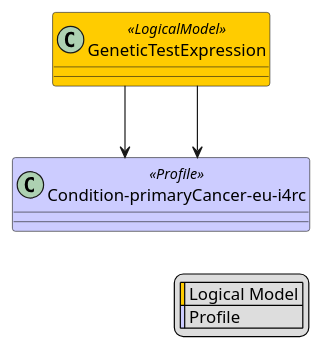
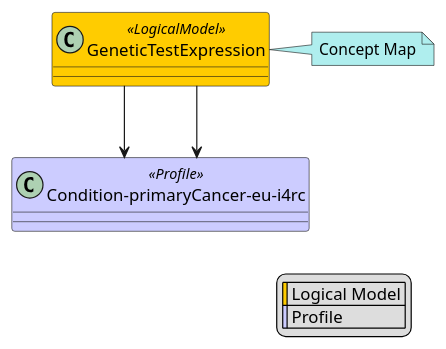
Before and after one commit to hl7-eu/idea4rc: the diagram in input/images-source/GeneticTestExpression-map.plantuml, drawn with PlantUML. The commit also changed 32 other files, not shown here.

```diff
--- a/input/images-source/GeneticTestExpression-map.plantuml
+++ b/input/images-source/GeneticTestExpression-map.plantuml
@@ -1,17 +1,20 @@
 @startuml
 skinparam class {
     BackgroundColor<<LogicalModel>> #FFCC00
     BackgroundColor<<Profile>> #CCCCFF
 }
 skinparam linetype ortho
 legend right
   | <#FFCC00> | Logical Model |
   | <#CCCCFF> | Profile |
 endlegend
 class "GeneticTestExpression" <<LogicalModel>> [[StructureDefinition-GeneticTestExpression.html]]
+note right #PaleTurquoise [[ConceptMap-geneticTest2FHIR.html]]
+Concept Map
+endnote
 class "Condition-primaryCancer-eu-i4rc" <<Profile>> [[StructureDefinition-Condition-primaryCancer-eu-i4rc.html]]
 "GeneticTestExpression" --> "Condition-primaryCancer-eu-i4rc"
 class "Condition-primaryCancer-eu-i4rc" <<Profile>> [[StructureDefinition-Condition-primaryCancer-eu-i4rc.html]]
 "GeneticTestExpression" --> "Condition-primaryCancer-eu-i4rc"
 "Condition-primaryCancer-eu-i4rc" -[hidden]-> "Condition-primaryCancer-eu-i4rc"
 @enduml
```
